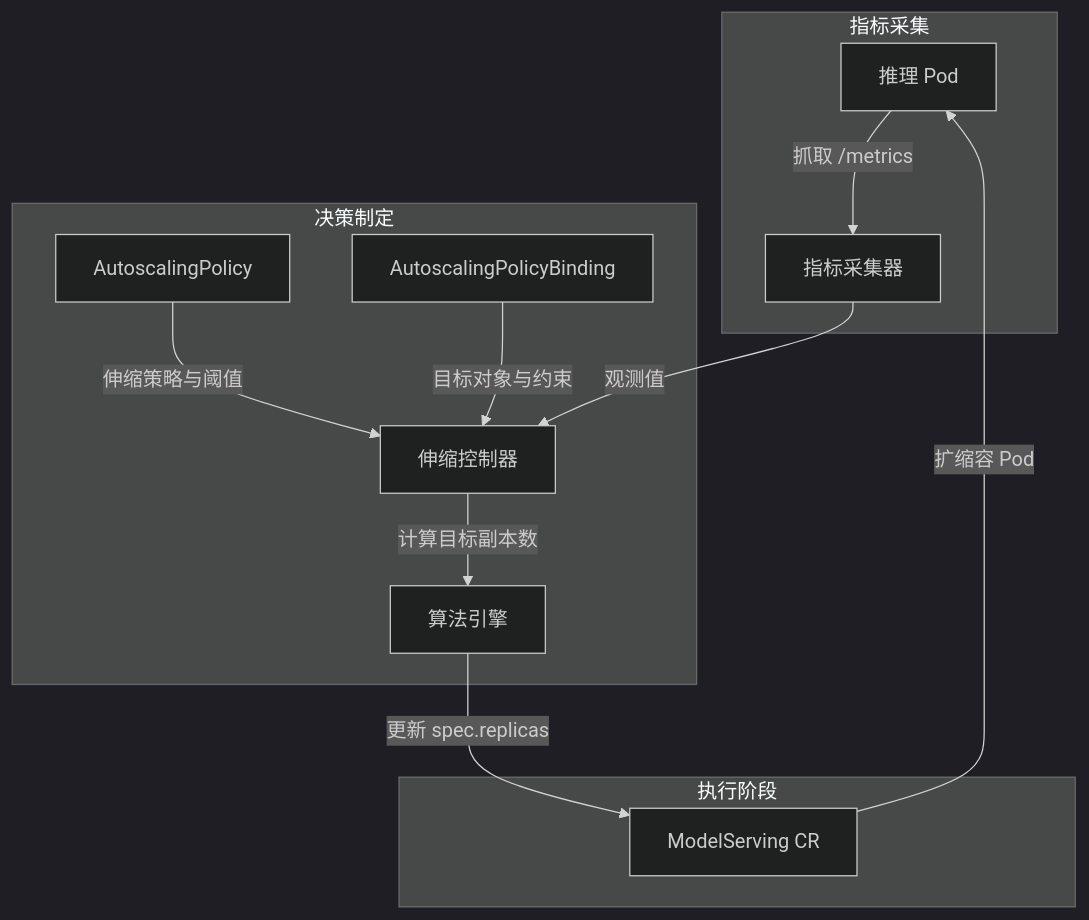
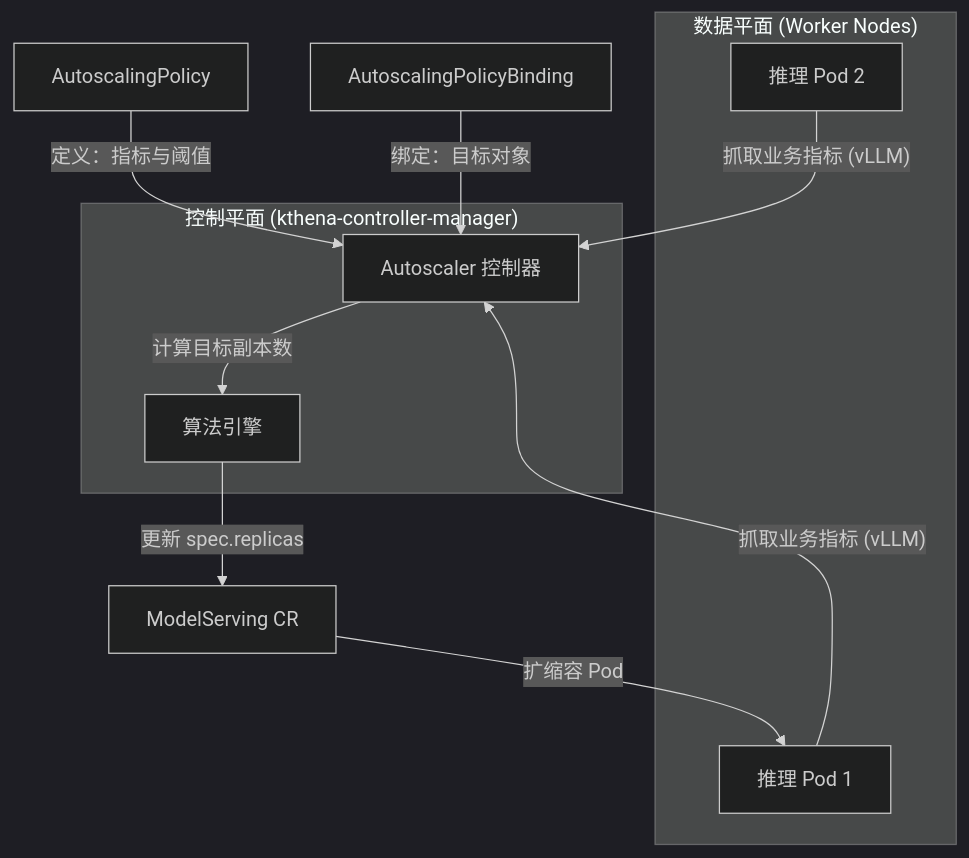
Before and after one commit to VanderChen/kthena: the diagram in docs/kthena/blog/autoscaler/index_zh.md, drawn with Mermaid (dark theme). The commit also changed other lines of this file and 1 other file, not shown here.

Commit message:
update autoscaler doc

````diff
--- a/docs/kthena/blog/autoscaler/index_zh.md
+++ b/docs/kthena/blog/autoscaler/index_zh.md
@@ -42,18 +33,22 @@
 ```mermaid
 flowchart TD
-    subgraph "指标采集"
-        A[推理 Pod] -- "抓取 /metrics" --> B[指标采集器]
+    subgraph "控制平面 (kthena-controller-manager)"
+        C[Autoscaler 控制器]
+        F[算法引擎]
     end
 
-    subgraph "决策制定"
-        B -- "观测值" --> C[伸缩控制器]
-        D[AutoscalingPolicy] -- "伸缩策略与阈值" --> C
-        E[AutoscalingPolicyBinding] -- "目标对象与约束" --> C
-        C -- "计算目标副本数" --> F[算法引擎]
+    subgraph "数据平面 (Worker Nodes)"
+        A1[推理 Pod 1]
+        A2[推理 Pod 2]
     end
 
-    subgraph "执行阶段"
-        F -- "更新 spec.replicas" --> G[ModelServing CR]
-        G -- "扩缩容 Pod" --> A
-    end
+    D[AutoscalingPolicy] -- "定义：指标与阈值" --> C
+    B[AutoscalingPolicyBinding] -- "绑定：目标对象" --> C
+    
+    A1 -- "抓取业务指标 (vLLM)" --> C
+    A2 -- "抓取业务指标 (vLLM)" --> C
+    
+    C -- "计算目标副本数" --> F
+    F -- "更新 spec.replicas" --> G[ModelServing CR]
+    G -- "扩缩容 Pod" --> A1
 ```
````
